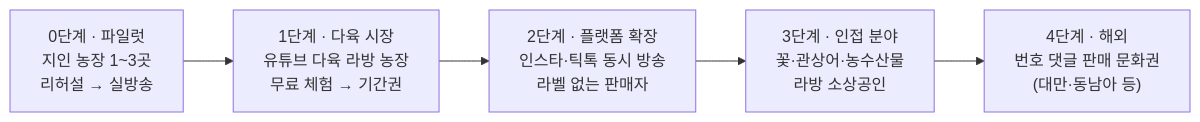
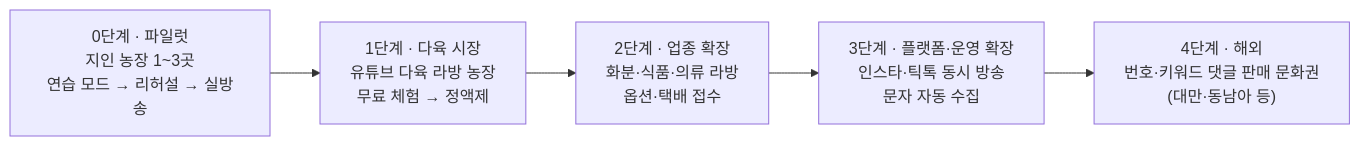
Before and after one commit to rlaehddus302/linve-genie: the tenth of 11 diagrams in docs/PLANNING.md, drawn with Mermaid. The commit also changed other lines of this file and 3 other files, not shown here.

````diff
--- a/docs/PLANNING.md
+++ b/docs/PLANNING.md
@@ -545,7 +644,7 @@
 ```mermaid
 flowchart LR
-    P0["0단계 · 파일럿<br/>지인 농장 1~3곳<br/>리허설 → 실방송"] --> P1["1단계 · 다육 시장<br/>유튜브 다육 라방 농장<br/>무료 체험 → 기간권"]
-    P1 --> P2["2단계 · 플랫폼 확장<br/>인스타·틱톡 동시 방송<br/>라벨 없는 판매자"]
-    P2 --> P3["3단계 · 인접 분야<br/>꽃·관상어·농수산물<br/>라방 소상공인"]
-    P3 --> P4["4단계 · 해외<br/>번호 댓글 판매 문화권<br/>(대만·동남아 등)"]
+    P0["0단계 · 파일럿<br/>지인 농장 1~3곳<br/>연습 모드 → 리허설 → 실방송"] --> P1["1단계 · 다육 시장<br/>유튜브 다육 라방 농장<br/>무료 체험 → 정액제"]
+    P1 --> P2["2단계 · 업종 확장<br/>화분·식품·의류 라방<br/>옵션·택배 접수"]
+    P2 --> P3["3단계 · 플랫폼·운영 확장<br/>인스타·틱톡 동시 방송<br/>문자 자동 수집"]
+    P3 --> P4["4단계 · 해외<br/>번호·키워드 댓글 판매 문화권<br/>(대만·동남아 등)"]
 ```
````
